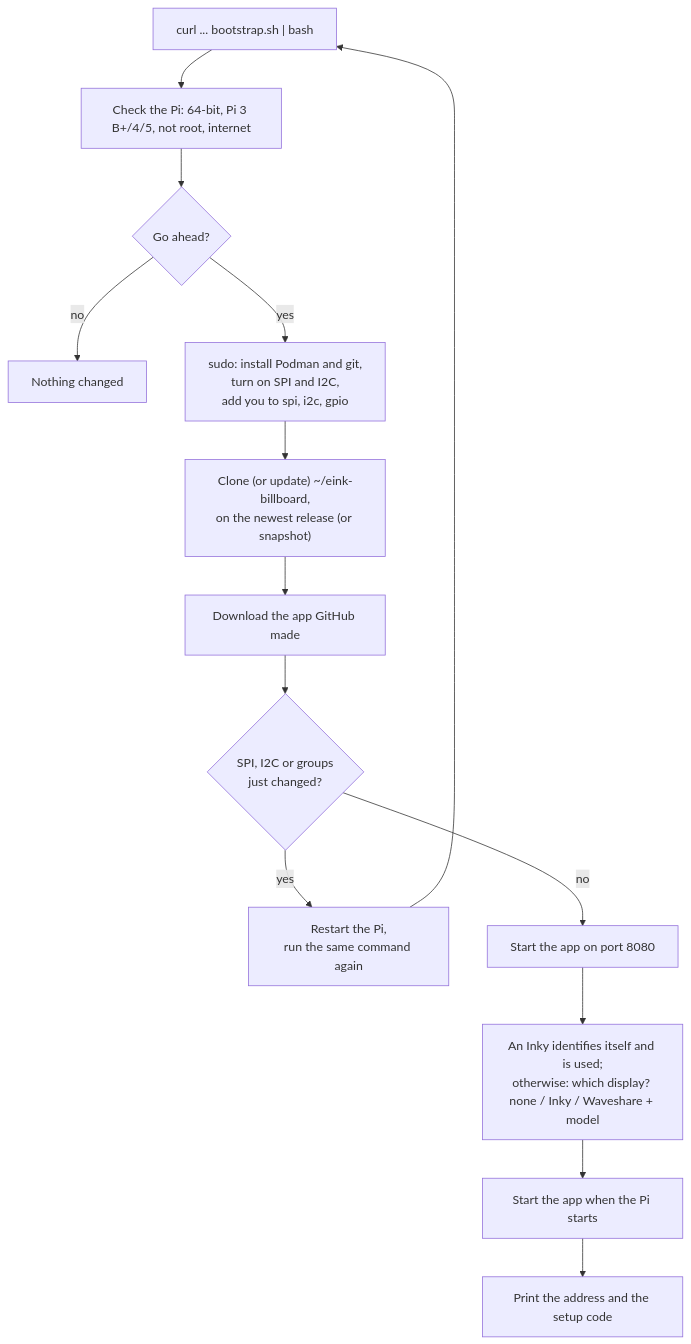
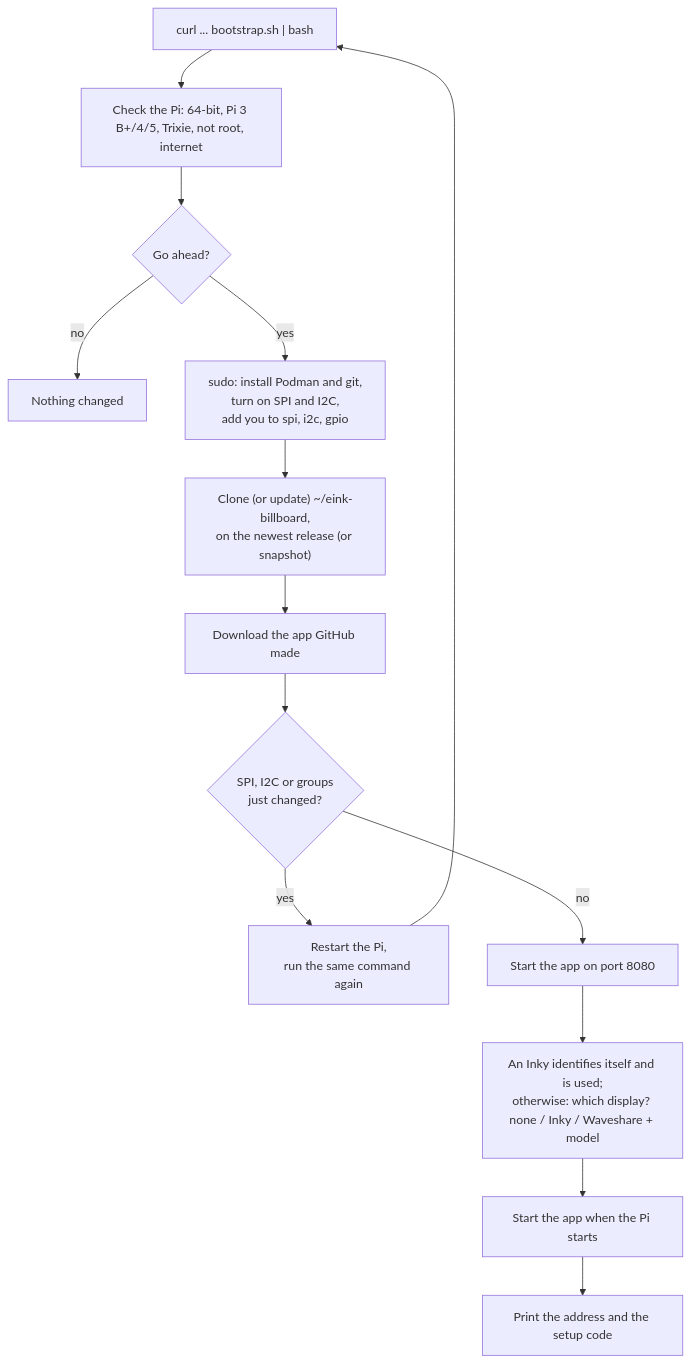
The diagram in readme.md (escape-llc/eink-billboard), drawn with Mermaid before and after one commit. The commit also changed other lines of this file, not shown here.

````diff
--- a/readme.md
+++ b/readme.md
@@ -46,16 +47,16 @@
 ```mermaid
 flowchart TD
-    A["curl ... bootstrap.sh | bash"] --> B["Check the Pi: 64-bit, Pi 3 B+/4/5, not root, internet"]
+    A["curl ... bootstrap.sh | bash"] --> B["Check the Pi: 64-bit, Pi 3 B+/4/5, Trixie, not root, internet"]
     B --> C{"Go ahead?"}
     C -- no --> X["Nothing changed"]
     C -- yes --> D["sudo: install Podman and git,<br/>turn on SPI and I2C,<br/>add you to spi, i2c, gpio"]
     D --> E["Clone (or update) ~/eink-billboard,<br/>on the newest release (or snapshot)"]
     E --> G["Download the app GitHub made"]
     G --> H{"SPI, I2C or groups<br/>just changed?"}
     H -- yes --> R["Restart the Pi,<br/>run the same command again"]
     R --> A
     H -- no --> I["Start the app on port 8080"]
     I --> J["An Inky identifies itself and is used;<br/>otherwise: which display? none / Inky / Waveshare + model"]
     J --> K["Start the app when the Pi starts"]
     K --> L["Print the address and the setup code"]
 ```
````
